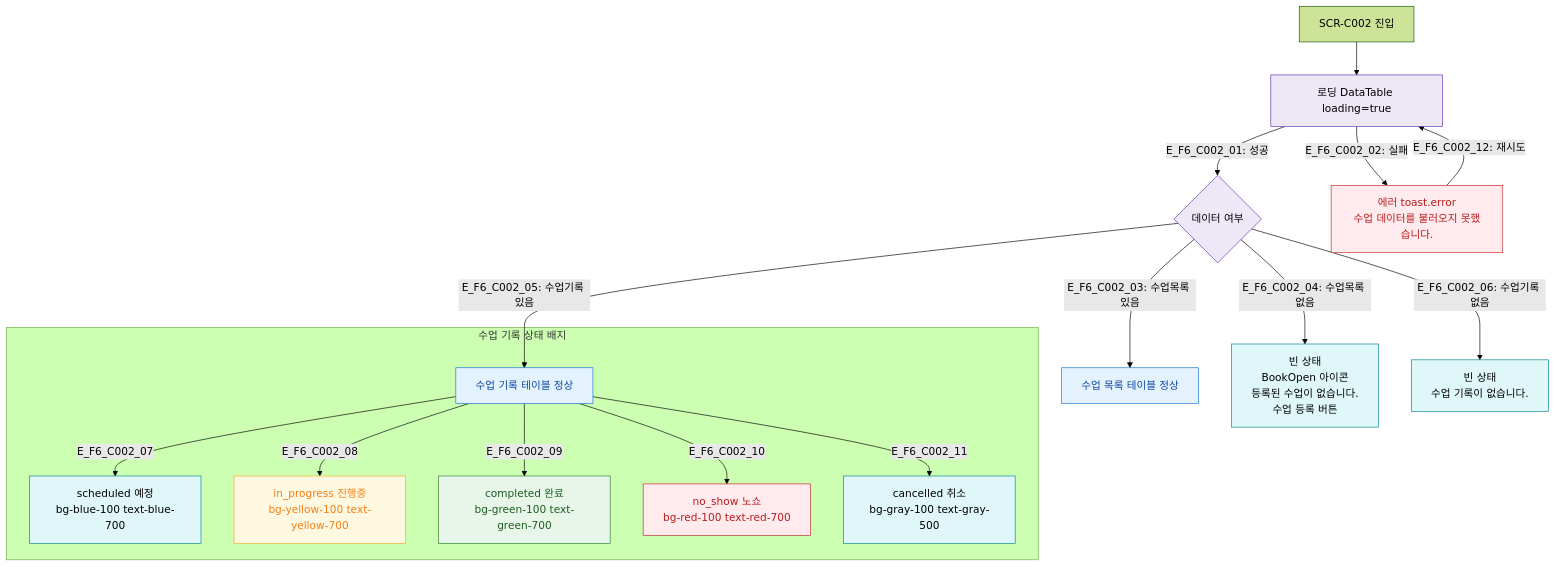
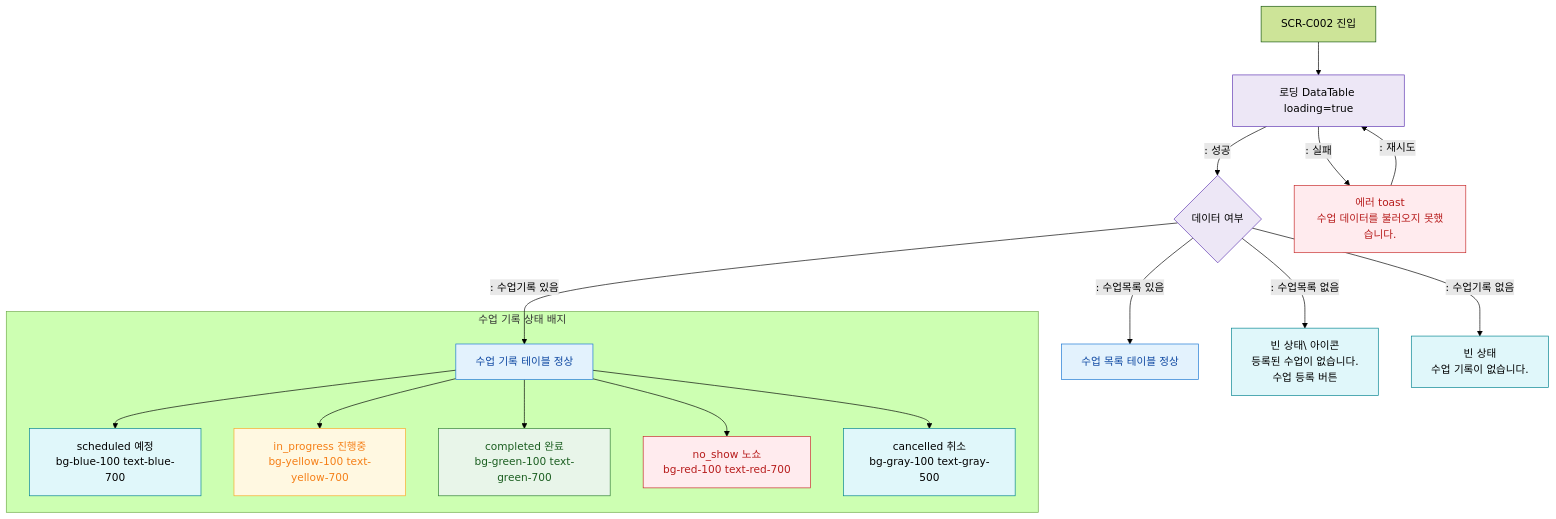
The diagram in docs/다이어그램/D04_수업관리/SCR-C002_수업관리/F6_상태별.md (dev-spogym/admin-pando), drawn with Mermaid (forest theme) before and after one commit. The commit also changed other lines of this file and 1660 other files, not shown here.

First line of the commit message:
다이어그램: 기획자/클라이언트 납품본으로 정리

````diff
--- a/docs/다이어그램/D04_수업관리/SCR-C002_수업관리/F6_상태별.md
+++ b/docs/다이어그램/D04_수업관리/SCR-C002_수업관리/F6_상태별.md
@@ -20,36 +18,36 @@
 ```mermaid
 flowchart TD
   Enter[SCR-C002 진입] --> Loading[로딩 DataTable loading=true]
-  Loading -->|"E_F6_C002_01: 성공"| DataCheck{데이터 여부}
-  Loading -->|"E_F6_C002_02: 실패"| ErrState[에러 toast.error\n수업 데이터를 불러오지 못했습니다.]
+  Loading -->|": 성공"|DataCheck{데이터 여부}
+  Loading -->|": 실패"|ErrState[에러 toast\n수업 데이터를 불러오지 못했습니다.]
 
-  DataCheck -->|"E_F6_C002_03: 수업목록 있음"| NormalLesson[수업 목록 테이블 정상]
-  DataCheck -->|"E_F6_C002_04: 수업목록 없음"| EmptyLesson[빈 상태\nBookOpen 아이콘\n등록된 수업이 없습니다.\n수업 등록 버튼]
+  DataCheck -->|": 수업목록 있음"|NormalLesson[수업 목록 테이블 정상]
+  DataCheck -->|": 수업목록 없음"|EmptyLesson[빈 상태\ 아이콘\n등록된 수업이 없습니다.\n수업 등록 버튼]
 
-  DataCheck -->|"E_F6_C002_05: 수업기록 있음"| NormalRecord[수업 기록 테이블 정상]
-  DataCheck -->|"E_F6_C002_06: 수업기록 없음"| EmptyRecord[빈 상태\n수업 기록이 없습니다.]
+  DataCheck -->|": 수업기록 있음"|NormalRecord[수업 기록 테이블 정상]
+  DataCheck -->|": 수업기록 없음"|EmptyRecord[빈 상태\n수업 기록이 없습니다.]
 
   subgraph LessonStatusBadge[수업 기록 상태 배지]
-    NormalRecord -->|E_F6_C002_07| Scheduled[scheduled 예정\nbg-blue-100 text-blue-700]
-    NormalRecord -->|E_F6_C002_08| InProgress[in_progress 진행중\nbg-yellow-100 text-yellow-700]
-    NormalRecord -->|E_F6_C002_09| Completed[completed 완료\nbg-green-100 text-green-700]
-    NormalRecord -->|E_F6_C002_10| NoShow[no_show 노쇼\nbg-red-100 text-red-700]
-    NormalRecord -->|E_F6_C002_11| Cancelled[cancelled 취소\nbg-gray-100 text-gray-500]
+    NormalRecord --> Scheduled[scheduled 예정\nbg-blue-100 text-blue-700]
+    NormalRecord --> InProgress[in_progress 진행중\nbg-yellow-100 text-yellow-700]
+    NormalRecord --> Completed[completed 완료\nbg-green-100 text-green-700]
+    NormalRecord --> NoShow[no_show 노쇼\nbg-red-100 text-red-700]
+    NormalRecord --> Cancelled[cancelled 취소\nbg-gray-100 text-gray-500]
   end
 
-  ErrState -->|"E_F6_C002_12: 재시도"| Loading
+  ErrState -->|": 재시도"|Loading
 
   classDef screen fill:#E3F2FD,stroke:#1976D2,color:#0D47A1
   classDef system fill:#EDE7F6,stroke:#5E35B2
   classDef error fill:#FFEBEE,stroke:#C62828,color:#B71C1C
   classDef info fill:#E0F7FA,stroke:#00838F
   classDef success fill:#E8F5E9,stroke:#2E7D32,color:#1B5E20
   classDef warning fill:#FFF8E1,stroke:#F9A825,color:#F57F17
   class NormalLesson,NormalRecord screen
   class Loading,DataCheck system
   class ErrState,NoShow error
   class EmptyLesson,EmptyRecord,Cancelled info
   class Completed success
   class InProgress warning
   class Scheduled info
 ```
````
